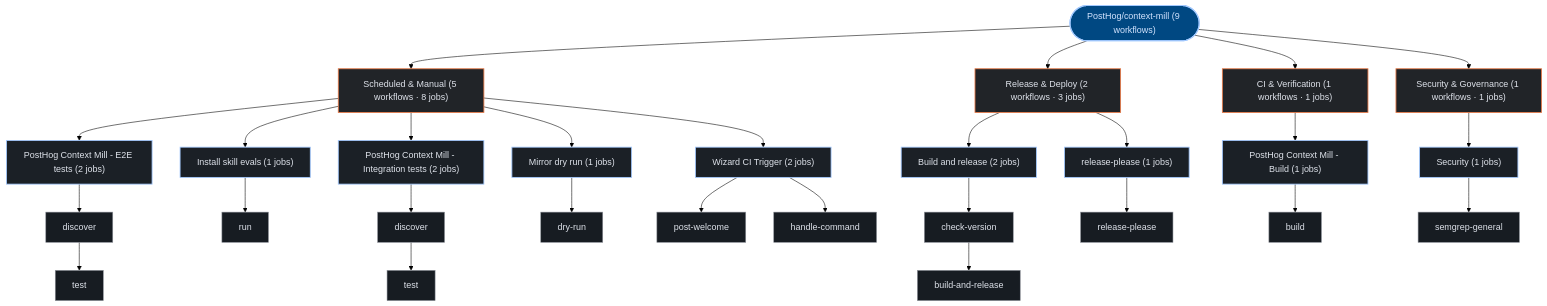
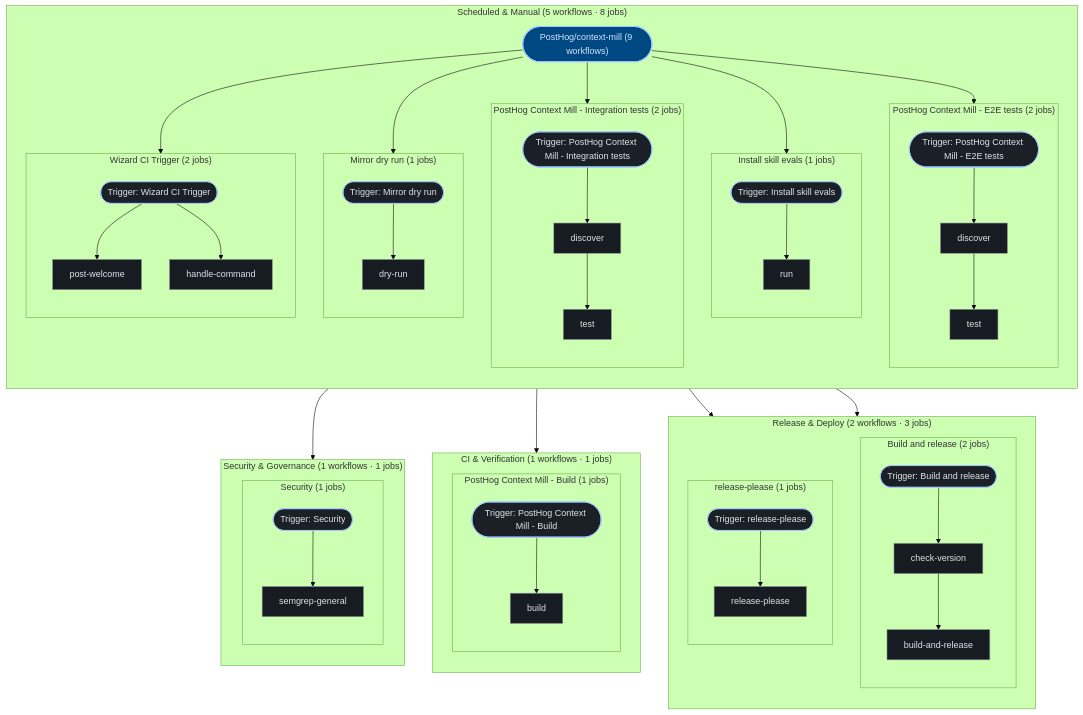
The third of 3 diagrams in exports/latest/reports/PostHog-context-mill-report.md (kumarshaz/atruss-code-atlas), drawn with Mermaid (forest theme) before and after one commit. The commit also changed 181 other files, not shown here.

````diff
--- a/exports/latest/reports/PostHog-context-mill-report.md
+++ b/exports/latest/reports/PostHog-context-mill-report.md
@@ -242,56 +242,87 @@
   classDef atlasAlert fill:#93000a,stroke:#ffb4ab,stroke-width:1.5px,color:#ffdad6
   classDef atlasMore fill:#252a31,stroke:#8d9199,stroke-dasharray:4 4,color:#c3c6cf
   pipeline_root(["PostHog/context-mill (9 workflows)"]):::atlasRoot
-  grp_0_Scheduled___Manual["Scheduled & Manual (5 workflows · 8 jobs)"]:::atlasCategory
-  pipeline_root --> grp_0_Scheduled___Manual
-  wf_2_PostHog_Context_Mill___E2E_tests["PostHog Context Mill - E2E tests (2 jobs)"]:::atlasWorkflow
-  grp_0_Scheduled___Manual --> wf_2_PostHog_Context_Mill___E2E_tests
-  job_2_discover["discover"]:::atlasJob
-  job_2_test["test"]:::atlasJob
-  wf_2_PostHog_Context_Mill___E2E_tests --> job_2_discover
-  job_2_discover --> job_2_test
-  wf_3_Install_skill_evals["Install skill evals (1 jobs)"]:::atlasWorkflow
-  grp_0_Scheduled___Manual --> wf_3_Install_skill_evals
-  job_3_run["run"]:::atlasJob
-  wf_3_Install_skill_evals --> job_3_run
-  wf_4_PostHog_Context_Mill___Integration_tests["PostHog Context Mill - Integration tests (2 jobs)"]:::atlasWorkflow
-  grp_0_Scheduled___Manual --> wf_4_PostHog_Context_Mill___Integration_tests
-  job_4_discover["discover"]:::atlasJob
-  job_4_test["test"]:::atlasJob
-  wf_4_PostHog_Context_Mill___Integration_tests --> job_4_discover
-  job_4_discover --> job_4_test
-  wf_5_Mirror_dry_run["Mirror dry run (1 jobs)"]:::atlasWorkflow
-  grp_0_Scheduled___Manual --> wf_5_Mirror_dry_run
-  job_5_dry_run["dry-run"]:::atlasJob
-  wf_5_Mirror_dry_run --> job_5_dry_run
-  wf_8_Wizard_CI_Trigger["Wizard CI Trigger (2 jobs)"]:::atlasWorkflow
-  grp_0_Scheduled___Manual --> wf_8_Wizard_CI_Trigger
-  job_8_post_welcome["post-welcome"]:::atlasJob
-  job_8_handle_command["handle-command"]:::atlasJob
-  wf_8_Wizard_CI_Trigger --> job_8_post_welcome
-  wf_8_Wizard_CI_Trigger --> job_8_handle_command
-  grp_1_Release___Deploy["Release & Deploy (2 workflows · 3 jobs)"]:::atlasCategory
-  pipeline_root --> grp_1_Release___Deploy
-  wf_0_Build_and_release["Build and release (2 jobs)"]:::atlasWorkflow
-  grp_1_Release___Deploy --> wf_0_Build_and_release
-  job_0_check_version["check-version"]:::atlasJob
-  job_0_build_and_release["build-and-release"]:::atlasJob
-  wf_0_Build_and_release --> job_0_check_version
-  job_0_check_version --> job_0_build_and_release
-  wf_6_release_please["release-please (1 jobs)"]:::atlasWorkflow
-  grp_1_Release___Deploy --> wf_6_release_please
-  job_6_release_please["release-please"]:::atlasJob
-  wf_6_release_please --> job_6_release_please
-  grp_2_CI___Verification["CI & Verification (1 workflows · 1 jobs)"]:::atlasCategory
-  pipeline_root --> grp_2_CI___Verification
-  wf_1_PostHog_Context_Mill___Build["PostHog Context Mill - Build (1 jobs)"]:::atlasWorkflow
-  grp_2_CI___Verification --> wf_1_PostHog_Context_Mill___Build
-  job_1_build["build"]:::atlasJob
-  wf_1_PostHog_Context_Mill___Build --> job_1_build
-  grp_3_Security___Governance["Security & Governance (1 workflows · 1 jobs)"]:::atlasCategory
-  pipeline_root --> grp_3_Security___Governance
-  wf_7_Security["Security (1 jobs)"]:::atlasWorkflow
-  grp_3_Security___Governance --> wf_7_Security
-  job_7_semgrep_general["semgrep-general"]:::atlasJob
-  wf_7_Security --> job_7_semgrep_general
+  subgraph sg_grp_0_Scheduled___Manual["Scheduled & Manual (5 workflows · 8 jobs)"]
+    direction TB
+    subgraph sg_wf_2_PostHog_Context_Mill___E2E_tests["PostHog Context Mill - E2E tests (2 jobs)"]
+      direction TB
+      wf_2_PostHog_Context_Mill___E2E_tests(["Trigger: PostHog Context Mill - E2E tests"]):::atlasWorkflow
+      job_2_discover["discover"]:::atlasJob
+      job_2_test["test"]:::atlasJob
+      wf_2_PostHog_Context_Mill___E2E_tests --> job_2_discover
+      job_2_discover --> job_2_test
+    end
+    pipeline_root --> wf_2_PostHog_Context_Mill___E2E_tests
+    subgraph sg_wf_3_Install_skill_evals["Install skill evals (1 jobs)"]
+      direction TB
+      wf_3_Install_skill_evals(["Trigger: Install skill evals"]):::atlasWorkflow
+      job_3_run["run"]:::atlasJob
+      wf_3_Install_skill_evals --> job_3_run
+    end
+    pipeline_root --> wf_3_Install_skill_evals
+    subgraph sg_wf_4_PostHog_Context_Mill___Integration_tests["PostHog Context Mill - Integration tests (2 jobs)"]
+      direction TB
+      wf_4_PostHog_Context_Mill___Integration_tests(["Trigger: PostHog Context Mill - Integration tests"]):::atlasWorkflow
+      job_4_discover["discover"]:::atlasJob
+      job_4_test["test"]:::atlasJob
+      wf_4_PostHog_Context_Mill___Integration_tests --> job_4_discover
+      job_4_discover --> job_4_test
+    end
+    pipeline_root --> wf_4_PostHog_Context_Mill___Integration_tests
+    subgraph sg_wf_5_Mirror_dry_run["Mirror dry run (1 jobs)"]
+      direction TB
+      wf_5_Mirror_dry_run(["Trigger: Mirror dry run"]):::atlasWorkflow
+      job_5_dry_run["dry-run"]:::atlasJob
+      wf_5_Mirror_dry_run --> job_5_dry_run
+    end
+    pipeline_root --> wf_5_Mirror_dry_run
+    subgraph sg_wf_8_Wizard_CI_Trigger["Wizard CI Trigger (2 jobs)"]
+      direction TB
+      wf_8_Wizard_CI_Trigger(["Trigger: Wizard CI Trigger"]):::atlasWorkflow
+      job_8_post_welcome["post-welcome"]:::atlasJob
+      job_8_handle_command["handle-command"]:::atlasJob
+      wf_8_Wizard_CI_Trigger --> job_8_post_welcome
+      wf_8_Wizard_CI_Trigger --> job_8_handle_command
+    end
+    pipeline_root --> wf_8_Wizard_CI_Trigger
+  end
+  subgraph sg_grp_1_Release___Deploy["Release & Deploy (2 workflows · 3 jobs)"]
+    direction TB
+    subgraph sg_wf_0_Build_and_release["Build and release (2 jobs)"]
+      direction TB
+      wf_0_Build_and_release(["Trigger: Build and release"]):::atlasWorkflow
+      job_0_check_version["check-version"]:::atlasJob
+      job_0_build_and_release["build-and-release"]:::atlasJob
+      wf_0_Build_and_release --> job_0_check_version
+      job_0_check_version --> job_0_build_and_release
+    end
+    pipeline_root --> wf_0_Build_and_release
+    subgraph sg_wf_6_release_please["release-please (1 jobs)"]
+      direction TB
+      wf_6_release_please(["Trigger: release-please"]):::atlasWorkflow
+      job_6_release_please["release-please"]:::atlasJob
+      wf_6_release_please --> job_6_release_please
+    end
+    pipeline_root --> wf_6_release_please
+  end
+  subgraph sg_grp_2_CI___Verification["CI & Verification (1 workflows · 1 jobs)"]
+    direction TB
+    subgraph sg_wf_1_PostHog_Context_Mill___Build["PostHog Context Mill - Build (1 jobs)"]
+      direction TB
+      wf_1_PostHog_Context_Mill___Build(["Trigger: PostHog Context Mill - Build"]):::atlasWorkflow
+      job_1_build["build"]:::atlasJob
+      wf_1_PostHog_Context_Mill___Build --> job_1_build
+    end
+    pipeline_root --> wf_1_PostHog_Context_Mill___Build
+  end
+  subgraph sg_grp_3_Security___Governance["Security & Governance (1 workflows · 1 jobs)"]
+    direction TB
+    subgraph sg_wf_7_Security["Security (1 jobs)"]
+      direction TB
+      wf_7_Security(["Trigger: Security"]):::atlasWorkflow
+      job_7_semgrep_general["semgrep-general"]:::atlasJob
+      wf_7_Security --> job_7_semgrep_general
+    end
+    pipeline_root --> wf_7_Security
+  end
 ```
````
